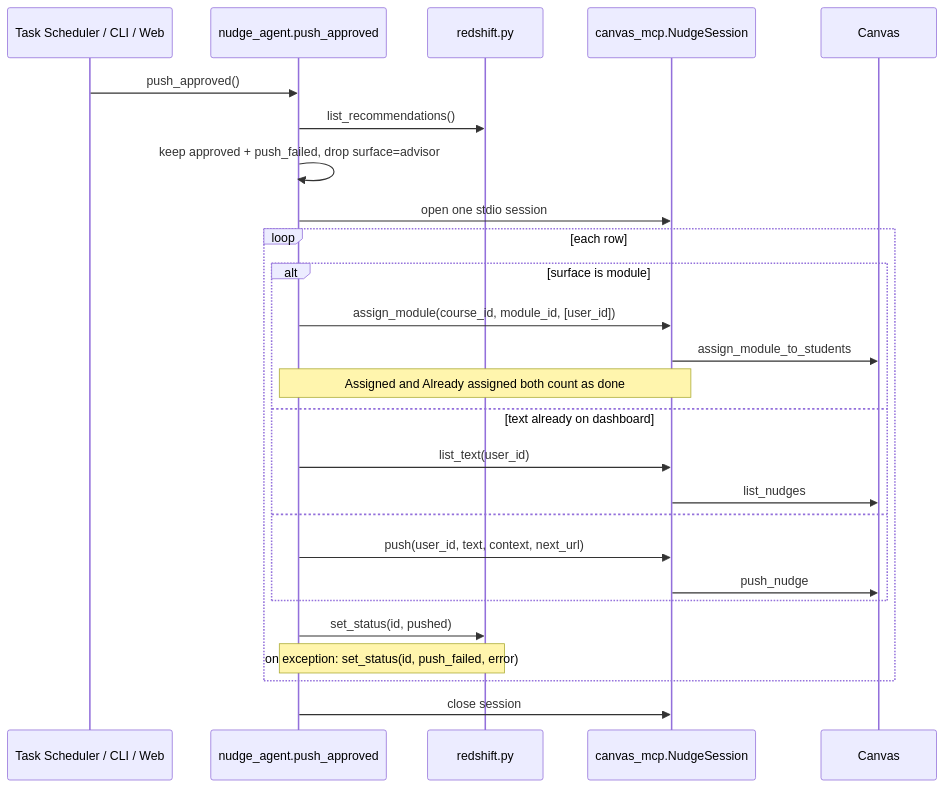
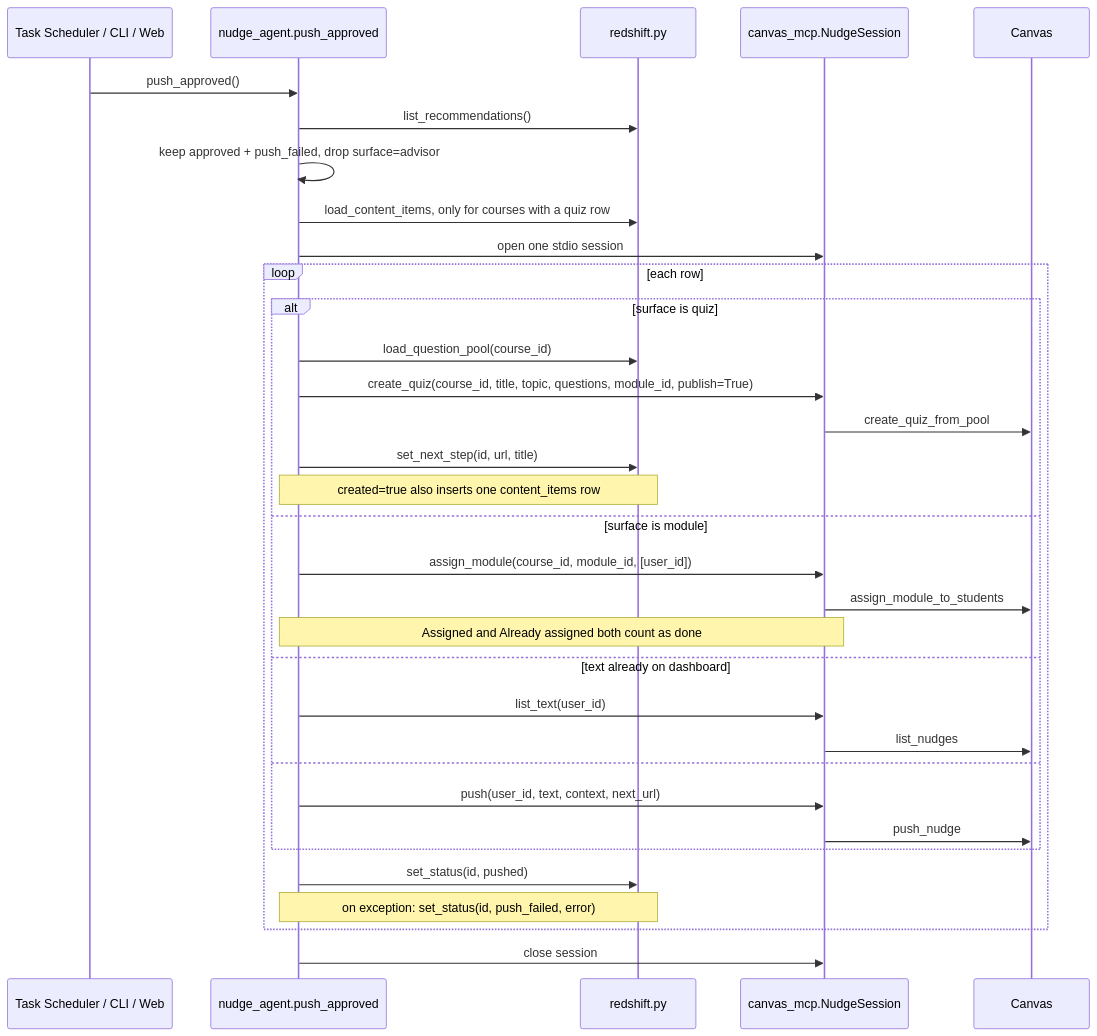
The seventh of 7 diagrams in docs/ARCHITECTURE.md (rdpatilds/nudge-agent), drawn with Mermaid before and after one commit. The commit also changed other lines of this file and 11 other files, not shown here.

Commit message:
Rule R2: practice quiz from the question pool through the MCP quiz tool

````diff
--- a/docs/ARCHITECTURE.md
+++ b/docs/ARCHITECTURE.md
@@ -377,28 +448,35 @@
 ```mermaid
 sequenceDiagram
     participant T as Task Scheduler / CLI / Web
     participant A as nudge_agent.push_approved
     participant R as redshift.py
     participant M as canvas_mcp.NudgeSession
     participant C as Canvas
     T->>A: push_approved()
     A->>R: list_recommendations()
     A->>A: keep approved + push_failed, drop surface=advisor
+    A->>R: load_content_items, only for courses with a quiz row
     A->>M: open one stdio session
     loop each row
-        alt surface is module
+        alt surface is quiz
+            A->>R: load_question_pool(course_id)
+            A->>M: create_quiz(course_id, title, topic, questions, module_id, publish=True)
+            M->>C: create_quiz_from_pool
+            A->>R: set_next_step(id, url, title)
+            Note over A,R: created=true also inserts one content_items row
+        else surface is module
             A->>M: assign_module(course_id, module_id, [user_id])
             M->>C: assign_module_to_students
             Note over A,M: Assigned and Already assigned both count as done
         else text already on dashboard
             A->>M: list_text(user_id)
             M->>C: list_nudges
         else
             A->>M: push(user_id, text, context, next_url)
             M->>C: push_nudge
         end
         A->>R: set_status(id, pushed)
         Note over A,R: on exception: set_status(id, push_failed, error)
     end
     A->>M: close session
 ```
````
